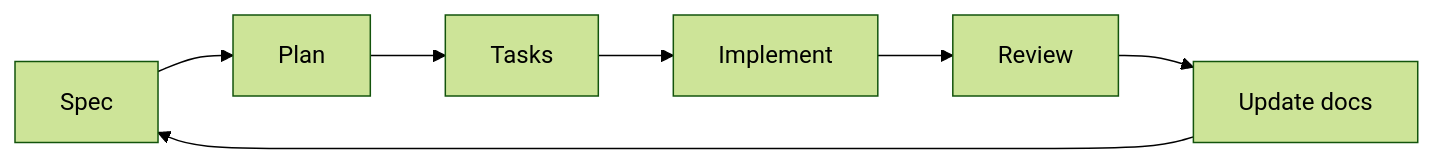
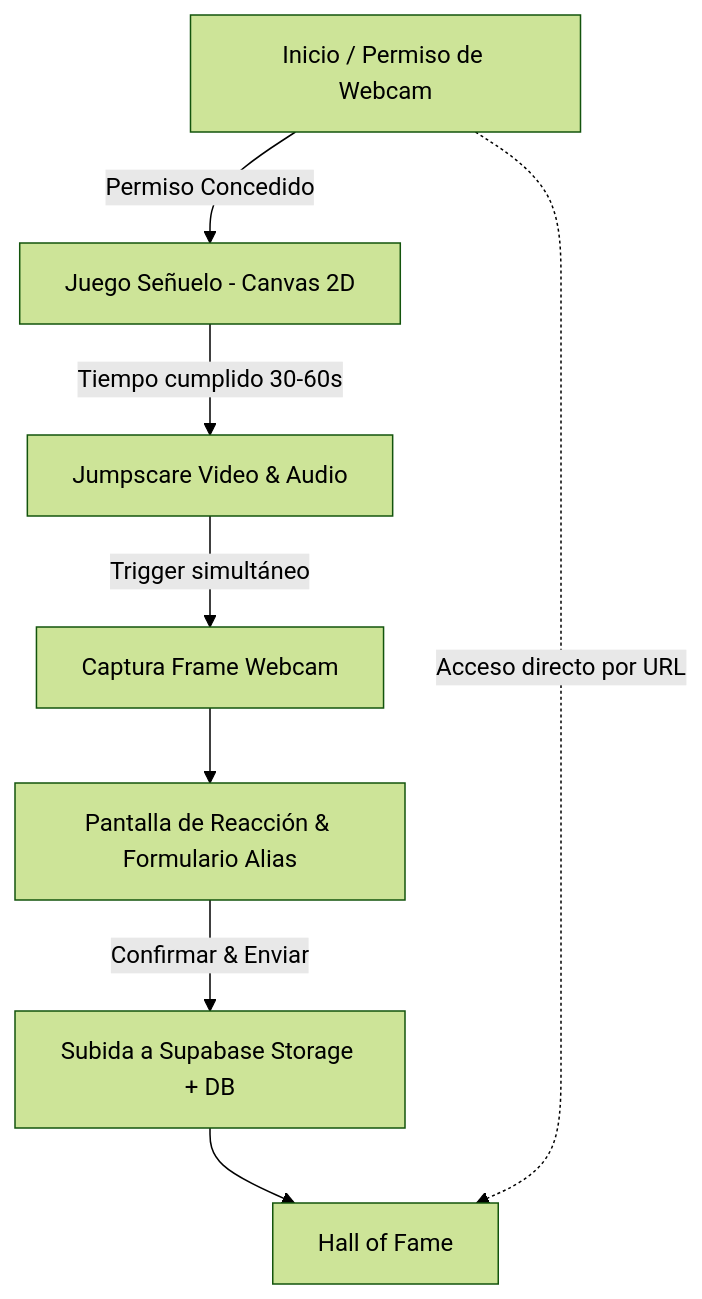
Before and after one commit to smontes-profe/DAWlloween: the diagram in docs/ARCHITECTURE.md, drawn with Mermaid (forest theme). The commit also changed other lines of this file and 5 other files, not shown here.

````diff
--- a/docs/ARCHITECTURE.md
+++ b/docs/ARCHITECTURE.md
@@ -30,9 +26,10 @@
 ```mermaid
-flowchart LR
-  A[Spec] --> B[Plan]
-  B[Plan] --> C[Tasks]
-  C[Tasks] --> D[Implement]
-  D[Implement] --> E[Review]
-  E[Review] --> F[Update docs]
-  F[Update docs] --> A
+flowchart TD
+    A[Inicio / Permiso de Webcam] -->|Permiso Concedido| B[Juego Señuelo - Canvas 2D]
+    B -->|Tiempo cumplido 30-60s| C[Jumpscare Video & Audio]
+    C -->|Trigger simultáneo| D[Captura Frame Webcam]
+    D --> E[Pantalla de Reacción & Formulario Alias]
+    E -->|Confirmar & Enviar| F[Subida a Supabase Storage + DB]
+    F --> G[Hall of Fame]
+    A -.->|Acceso directo por URL| G
 ```
````
